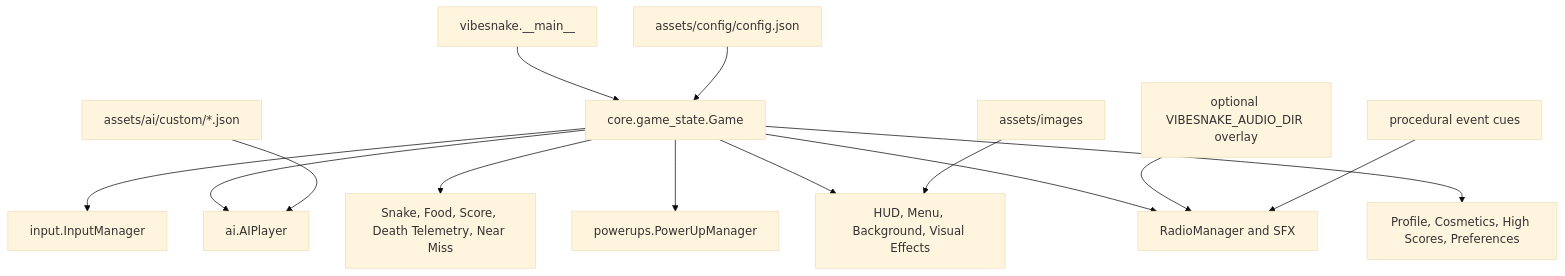
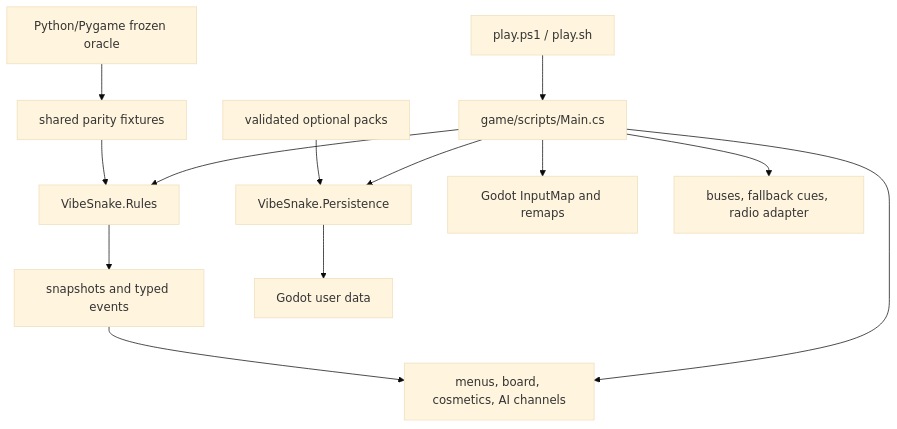
The diagram in docs/engineering/ARCHITECTURE.md (blisspixel/VibeSnake), drawn with Mermaid (base theme) before and after one commit. The commit also changed other lines of this file and 28 other files, not shown here.

````diff
--- a/docs/engineering/ARCHITECTURE.md
+++ b/docs/engineering/ARCHITECTURE.md
@@ -7,16 +7,15 @@
 ```mermaid
 flowchart TD
-    Entry["vibesnake.__main__"] --> Game["core.game_state.Game"]
-    Game --> Input["input.InputManager"]
-    Game --> AI["ai.AIPlayer"]
-    Game --> Models["Snake, Food, Score, Death Telemetry, Near Miss"]
-    Game --> Powerups["powerups.PowerUpManager"]
-    Game --> Render["HUD, Menu, Background, Visual Effects"]
-    Game --> Audio["RadioManager and SFX"]
-    Game --> Saves["Profile, Cosmetics, High Scores, Preferences"]
-    Config["assets/config/config.json"] --> Game
-    Images["assets/images"] --> Render
-    AudioPack["optional VIBESNAKE_AUDIO_DIR overlay"] --> Audio
-    Fallbacks["procedural event cues"] --> Audio
-    CustomAI["assets/ai/custom/*.json"] --> AI
+    Launch["play.ps1 / play.sh"] --> Godot["game/scripts/Main.cs"]
+    Godot --> Rules["VibeSnake.Rules"]
+    Godot --> Persistence["VibeSnake.Persistence"]
+    Godot --> Input["Godot InputMap and remaps"]
+    Godot --> Presentation["menus, board, cosmetics, AI channels"]
+    Godot --> Audio["buses, fallback cues, radio adapter"]
+    Rules --> Snapshots["snapshots and typed events"]
+    Snapshots --> Presentation
+    Persistence --> UserData["Godot user data"]
+    Packs["validated optional packs"] --> Persistence
+    Oracle["Python/Pygame frozen oracle"] --> Fixtures["shared parity fixtures"]
+    Fixtures --> Rules
 ```
````
